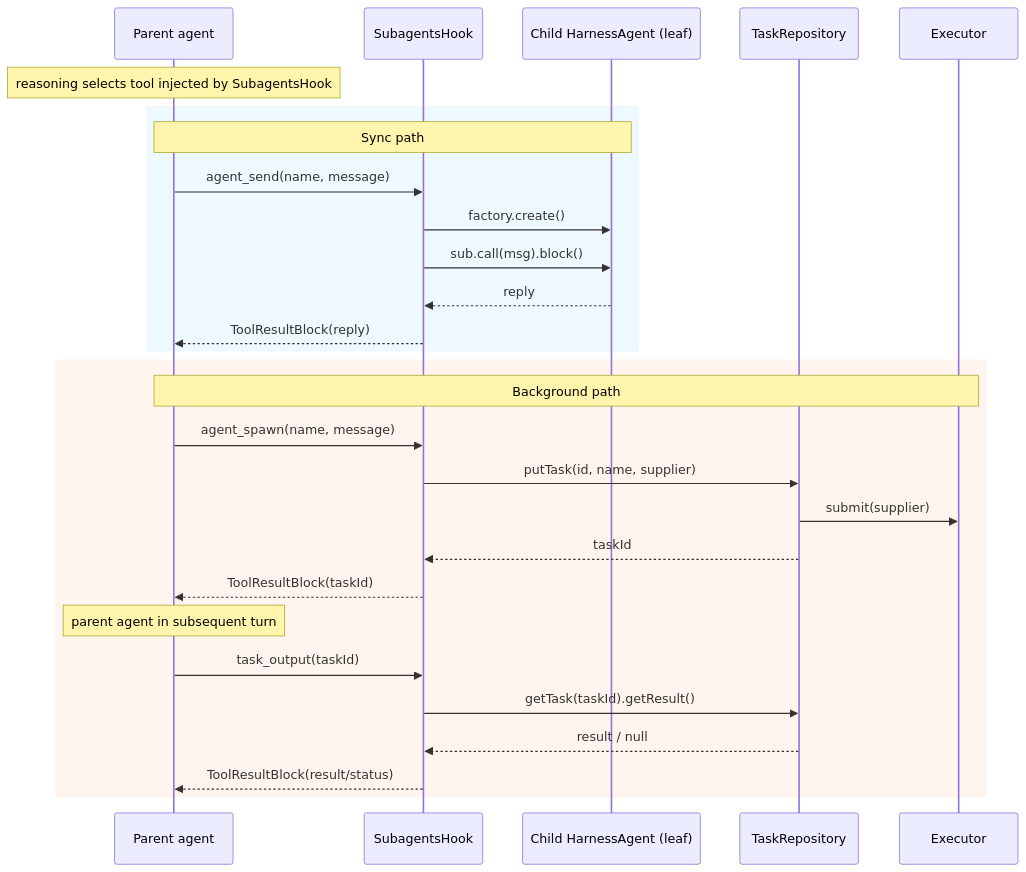
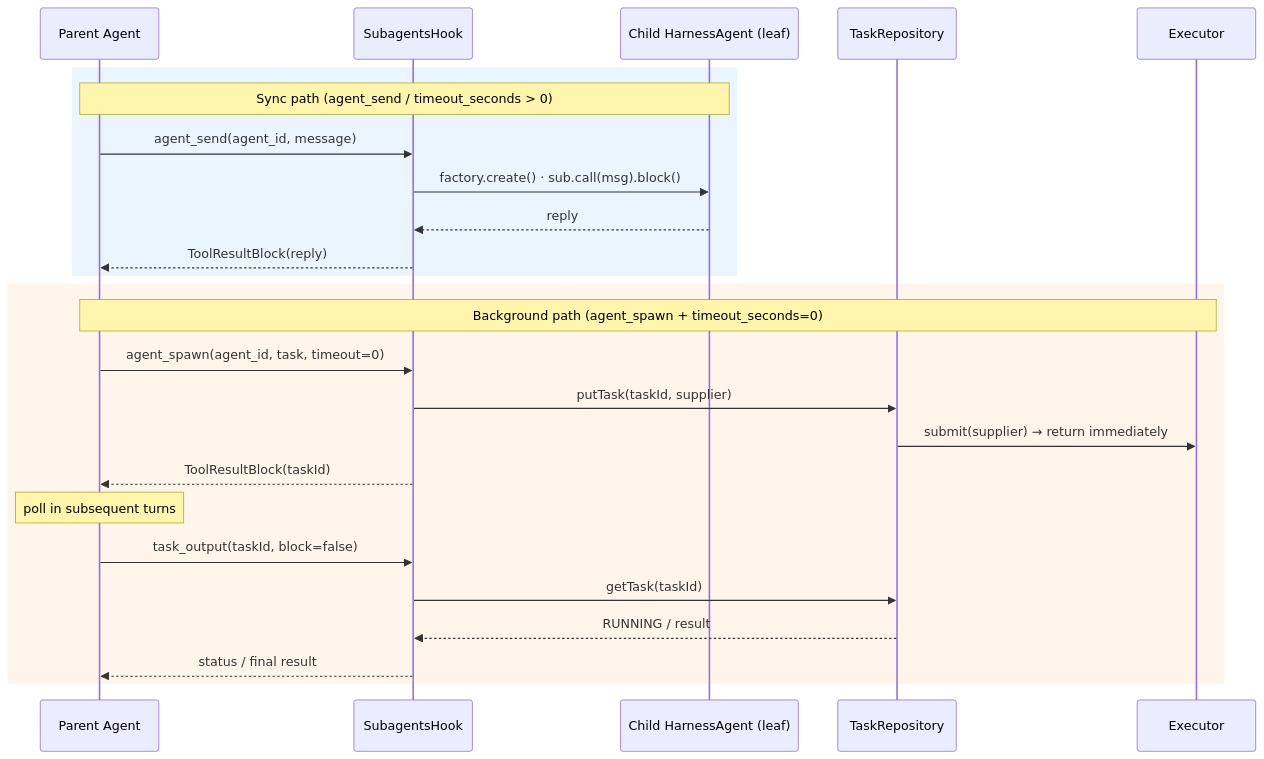
Before and after one commit to agentscope-ai/agentscope-java: the eighth of 8 diagrams in docs/en/harness/architecture.md, drawn with Mermaid. The commit also changed other lines of this file and 14 other files, not shown here.

````diff
--- a/docs/en/harness/architecture.md
+++ b/docs/en/harness/architecture.md
@@ -316,34 +291,30 @@
-```mermaid
+```{mermaid}
 sequenceDiagram
-    participant Parent as Parent agent
+    participant Parent as Parent Agent
     participant Hook as SubagentsHook
     participant Sub as Child HarnessAgent (leaf)
     participant Repo as TaskRepository
     participant Exec as Executor
 
-    Note over Parent: reasoning selects tool injected by SubagentsHook
-
-    rect rgb(238, 248, 255)
-    Note over Parent,Sub: Sync path
-    Parent->>Hook: agent_send(name, message)
-    Hook->>Sub: factory.create()
-    Hook->>Sub: sub.call(msg).block()
+    rect rgb(235, 245, 255)
+    Note over Parent,Sub: Sync path (agent_send / timeout_seconds > 0)
+    Parent->>Hook: agent_send(agent_id, message)
+    Hook->>Sub: factory.create() · sub.call(msg).block()
     Sub-->>Hook: reply
     Hook-->>Parent: ToolResultBlock(reply)
     end
 
-    rect rgb(255, 245, 238)
-    Note over Parent,Exec: Background path
-    Parent->>Hook: agent_spawn(name, message)
-    Hook->>Repo: putTask(id, name, supplier)
-    Repo->>Exec: submit(supplier)
-    Repo-->>Hook: taskId
+    rect rgb(255, 245, 235)
+    Note over Parent,Exec: Background path (agent_spawn + timeout_seconds=0)
+    Parent->>Hook: agent_spawn(agent_id, task, timeout=0)
+    Hook->>Repo: putTask(taskId, supplier)
+    Repo->>Exec: submit(supplier) → return immediately
     Hook-->>Parent: ToolResultBlock(taskId)
 
-    Note over Parent: parent agent in subsequent turn
-    Parent->>Hook: task_output(taskId)
-    Hook->>Repo: getTask(taskId).getResult()
-    Repo-->>Hook: result / null
-    Hook-->>Parent: ToolResultBlock(result/status)
+    Note over Parent: poll in subsequent turns
+    Parent->>Hook: task_output(taskId, block=false)
+    Hook->>Repo: getTask(taskId)
+    Repo-->>Hook: RUNNING / result
+    Hook-->>Parent: status / final result
     end
 ```
````
